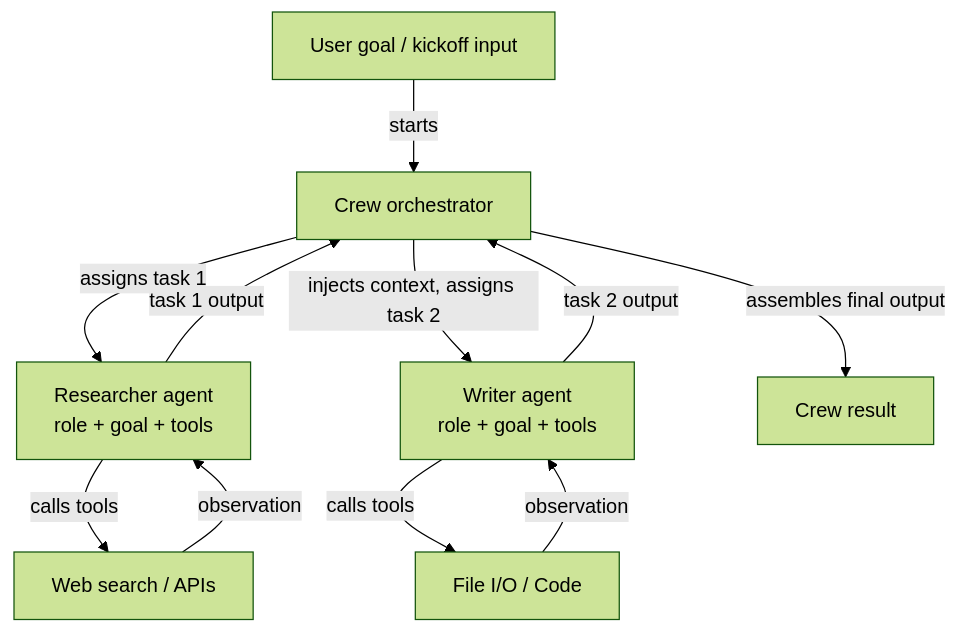
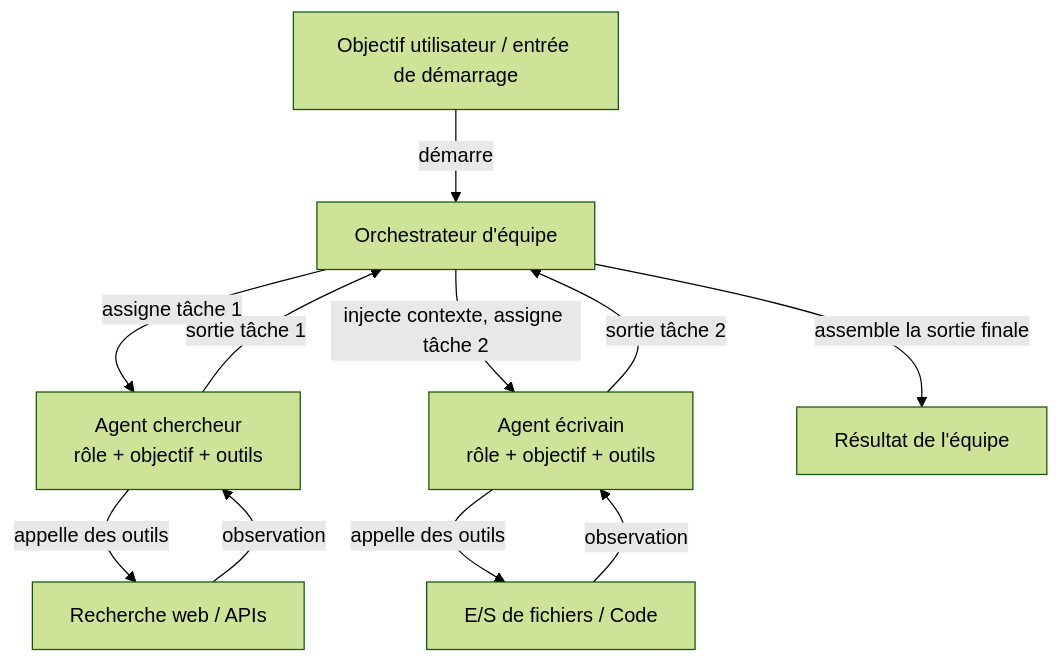
One commit to EmersonBraun/ai-summary-hub changed the diagram in i18n/fr/docusaurus-plugin-content-docs/current/agents/crewai.md. Above: the diagram before and after it, drawn with Mermaid (forest theme). The commit also changed other lines of this file and 242 other files, not shown here.

````diff
--- a/i18n/fr/docusaurus-plugin-content-docs/current/agents/crewai.md
+++ b/i18n/fr/docusaurus-plugin-content-docs/current/agents/crewai.md
@@ -35,13 +37,13 @@
 ```mermaid
 flowchart TD
-  Input[User goal / kickoff input] -->|starts| Crew[Crew orchestrator]
-  Crew -->|assigns task 1| Agent1[Researcher agent\nrole + goal + tools]
-  Agent1 -->|calls tools| Tools1[Web search / APIs]
+  Input[Objectif utilisateur / entrée de démarrage] -->|démarre| Crew[Orchestrateur d'équipe]
+  Crew -->|assigne tâche 1| Agent1[Agent chercheur\nrôle + objectif + outils]
+  Agent1 -->|appelle des outils| Tools1[Recherche web / APIs]
   Tools1 -->|observation| Agent1
-  Agent1 -->|task 1 output| Crew
-  Crew -->|injects context, assigns task 2| Agent2[Writer agent\nrole + goal + tools]
-  Agent2 -->|calls tools| Tools2[File I/O / Code]
+  Agent1 -->|sortie tâche 1| Crew
+  Crew -->|injecte contexte, assigne tâche 2| Agent2[Agent écrivain\nrôle + objectif + outils]
+  Agent2 -->|appelle des outils| Tools2[E/S de fichiers / Code]
   Tools2 -->|observation| Agent2
-  Agent2 -->|task 2 output| Crew
-  Crew -->|assembles final output| Output[Crew result]
+  Agent2 -->|sortie tâche 2| Crew
+  Crew -->|assemble la sortie finale| Output[Résultat de l'équipe]
 ```
````
